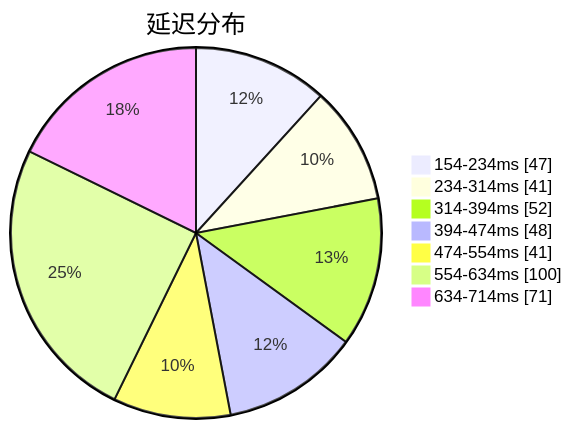
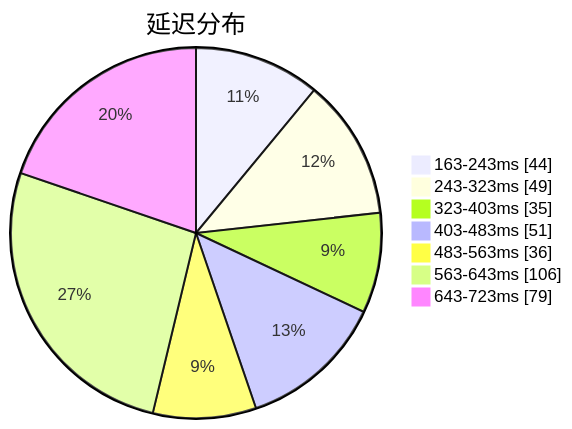
One commit to qjlxg/airport changed the first of 3 diagrams in subs/statistics/tested_within.md. Above: the diagram before and after it, drawn with Mermaid. The commit also changed other lines of this file and 2 other files, not shown here.

````diff
--- a/subs/statistics/tested_within.md
+++ b/subs/statistics/tested_within.md
@@ -2,11 +2,11 @@
 ```mermaid
 pie showData
 title 延迟分布
-"154-234ms" : 47
-"234-314ms" : 41
-"314-394ms" : 52
-"394-474ms" : 48
-"474-554ms" : 41
-"554-634ms" : 100
-"634-714ms" : 71
+"163-243ms" : 44
+"243-323ms" : 49
+"323-403ms" : 35
+"403-483ms" : 51
+"483-563ms" : 36
+"563-643ms" : 106
+"643-723ms" : 79
 ```
````
